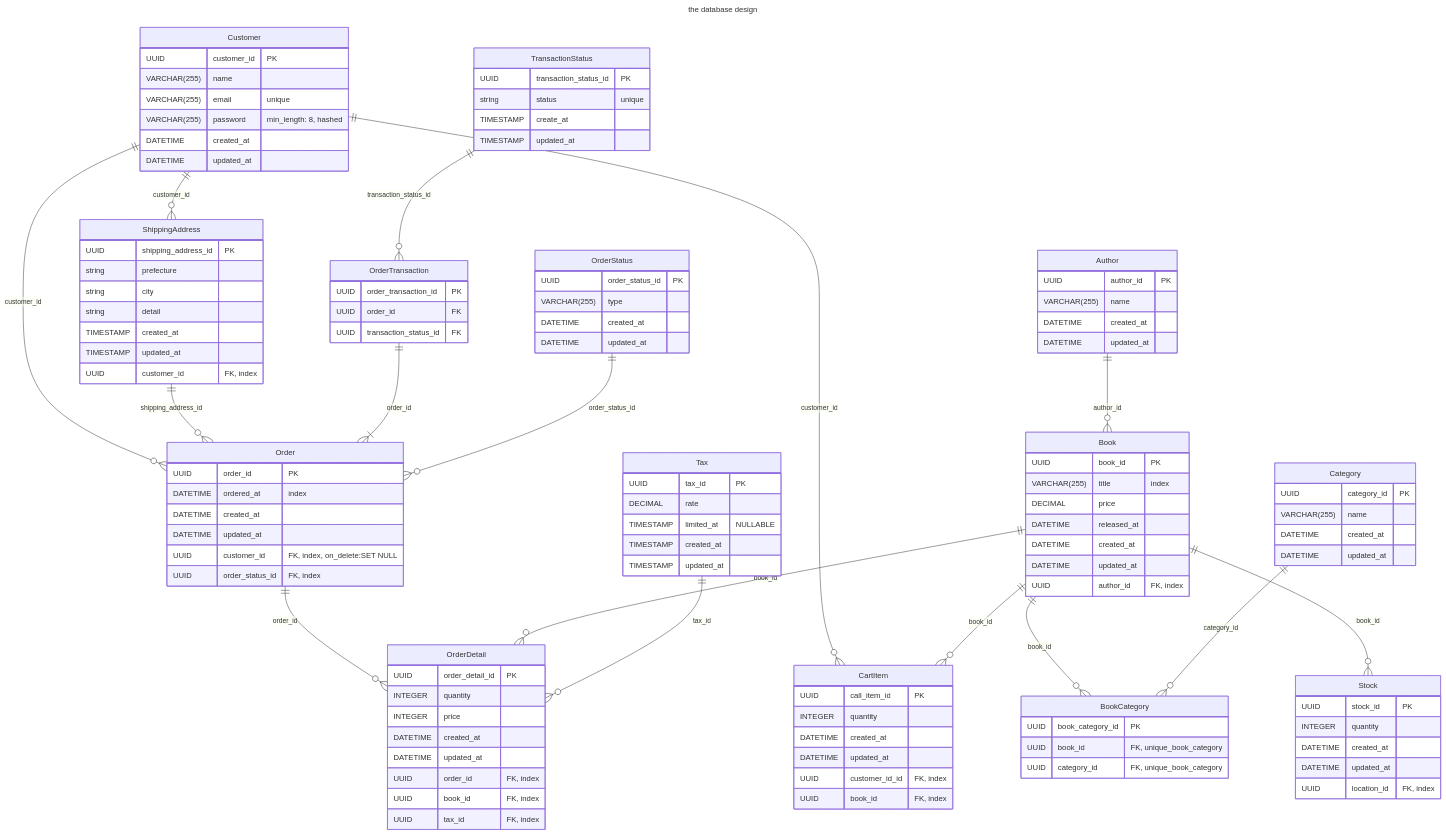
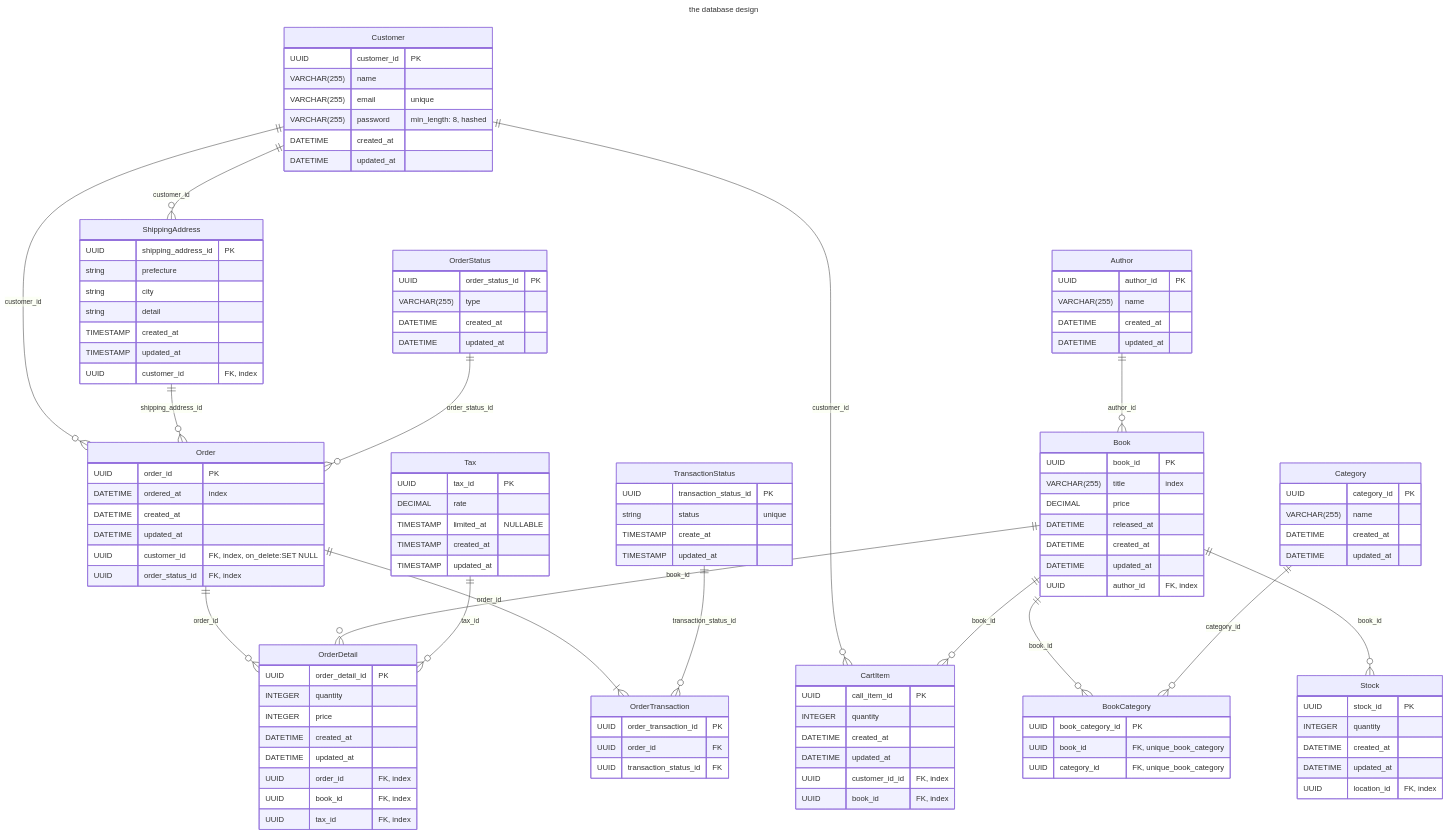
The diagram in docs/er_diagram.md (soicchi/book_order_system), drawn with Mermaid before and after one commit.

Commit message:
docs: updated er diagram

```diff
--- a/docs/er_diagram.md
+++ b/docs/er_diagram.md
@@ -126,7 +126,7 @@
 Customer ||--o{ CartItem : customer_id
 ShippingAddress ||--o{ Order : shipping_address_id
 Order ||--o{ OrderDetail : order_id
-OrderTransaction ||--|{ Order : order_id
+Order ||--|{ OrderTransaction : order_id
 TransactionStatus ||--o{ OrderTransaction : transaction_status_id
 OrderStatus ||--o{ Order : order_status_id
 Book ||--o{ CartItem : book_id
```
